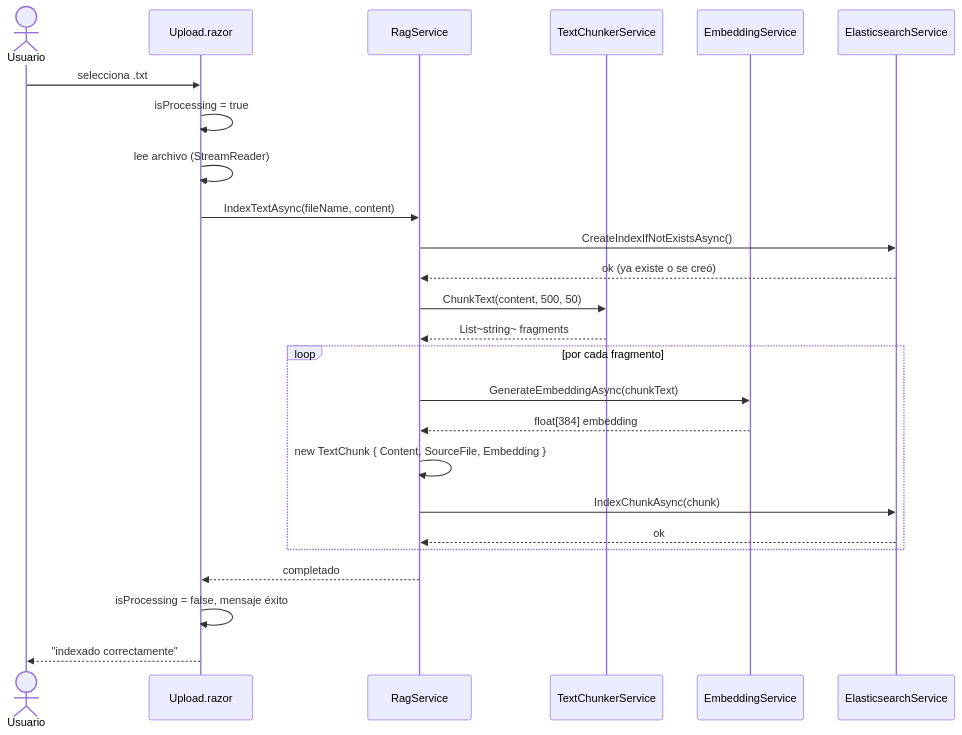
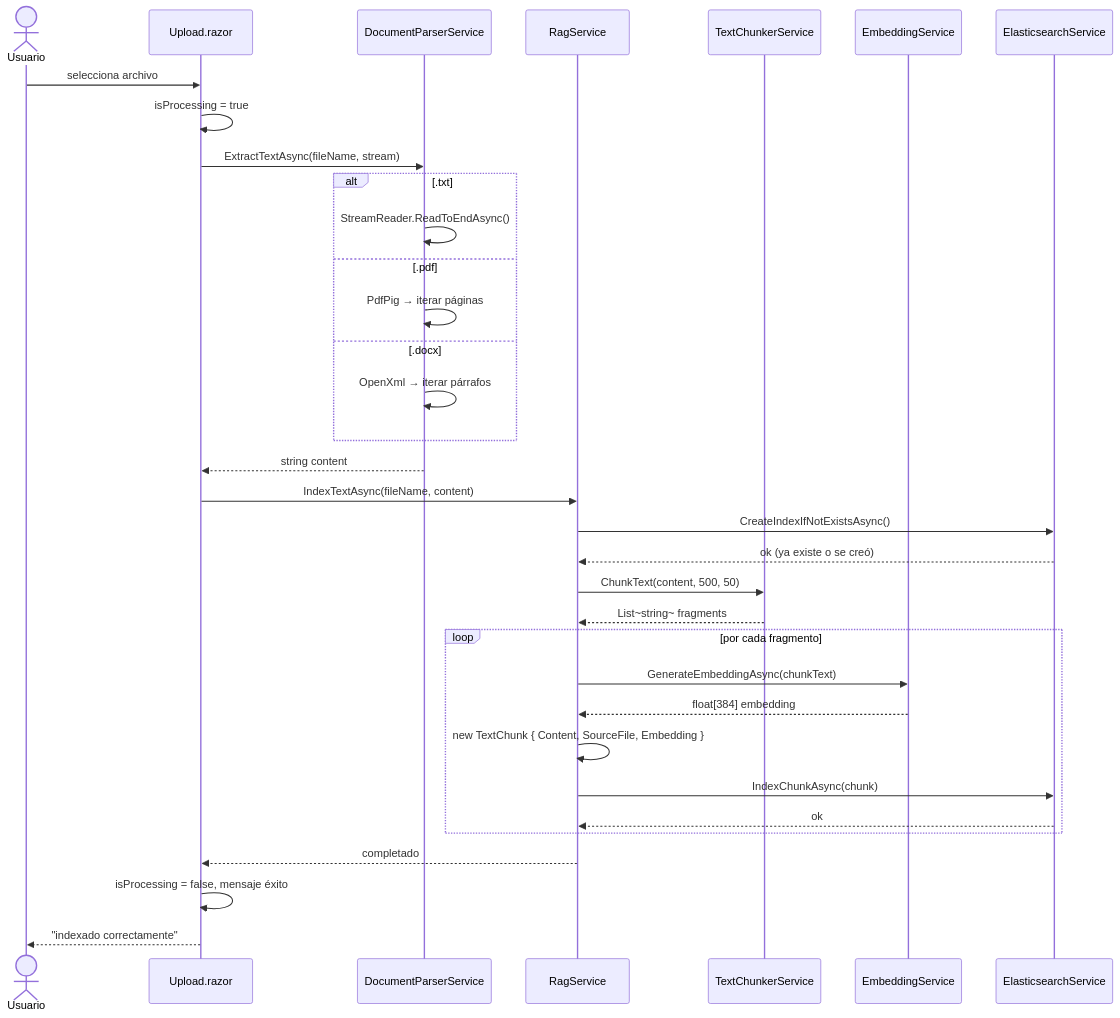
One commit to Andy94m/UTNFRSR-PPS-Semantic-Kernel-Rag changed the third of 5 diagrams in Diagram/diagramas.md. Above: the diagram before and after it, drawn with Mermaid. The commit also changed other lines of this file and 37 other files, not shown here.

Commit message:
diagramas

````diff
--- a/Diagram/diagramas.md
+++ b/Diagram/diagramas.md
@@ -191,28 +210,37 @@
 ```mermaid
 sequenceDiagram
     actor User as Usuario
     participant UpUI as Upload.razor
+    participant Parser as DocumentParserService
     participant RAG as RagService
     participant Chunker as TextChunkerService
     participant Embed as EmbeddingService
     participant ES as ElasticsearchService
 
-    User->>UpUI: selecciona .txt
+    User->>UpUI: selecciona archivo
     UpUI->>UpUI: isProcessing = true
-    UpUI->>UpUI: lee archivo (StreamReader)
+    UpUI->>Parser: ExtractTextAsync(fileName, stream)
+    alt .txt
+        Parser->>Parser: StreamReader.ReadToEndAsync()
+    else .pdf
+        Parser->>Parser: PdfPig → iterar páginas
+    else .docx
+        Parser->>Parser: OpenXml → iterar párrafos
+    end
+    Parser-->>UpUI: string content
     UpUI->>RAG: IndexTextAsync(fileName, content)
     RAG->>ES: CreateIndexIfNotExistsAsync()
     ES-->>RAG: ok (ya existe o se creó)
     RAG->>Chunker: ChunkText(content, 500, 50)
     Chunker-->>RAG: List~string~ fragments
     loop por cada fragmento
         RAG->>Embed: GenerateEmbeddingAsync(chunkText)
         Embed-->>RAG: float[384] embedding
         RAG->>RAG: new TextChunk { Content, SourceFile, Embedding }
         RAG->>ES: IndexChunkAsync(chunk)
         ES-->>RAG: ok
     end
     RAG-->>UpUI: completado
     UpUI->>UpUI: isProcessing = false, mensaje éxito
     UpUI-->>User: "indexado correctamente"
 ```
````
